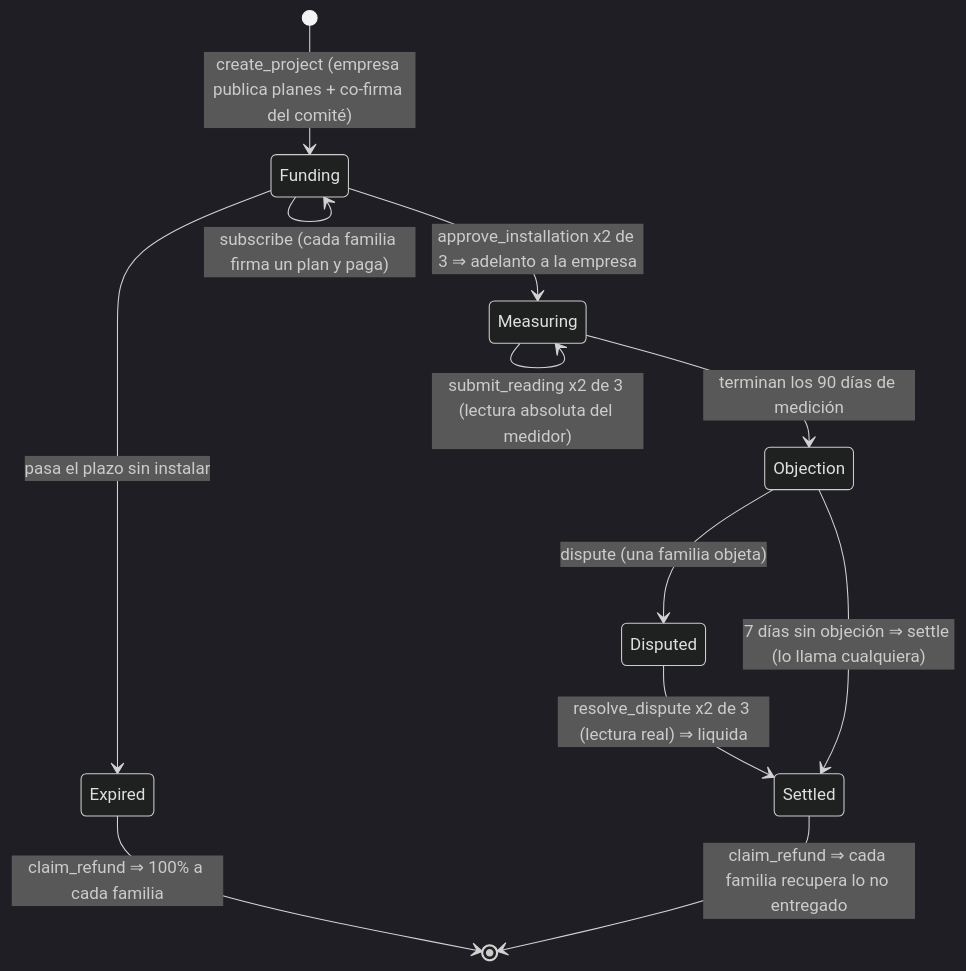
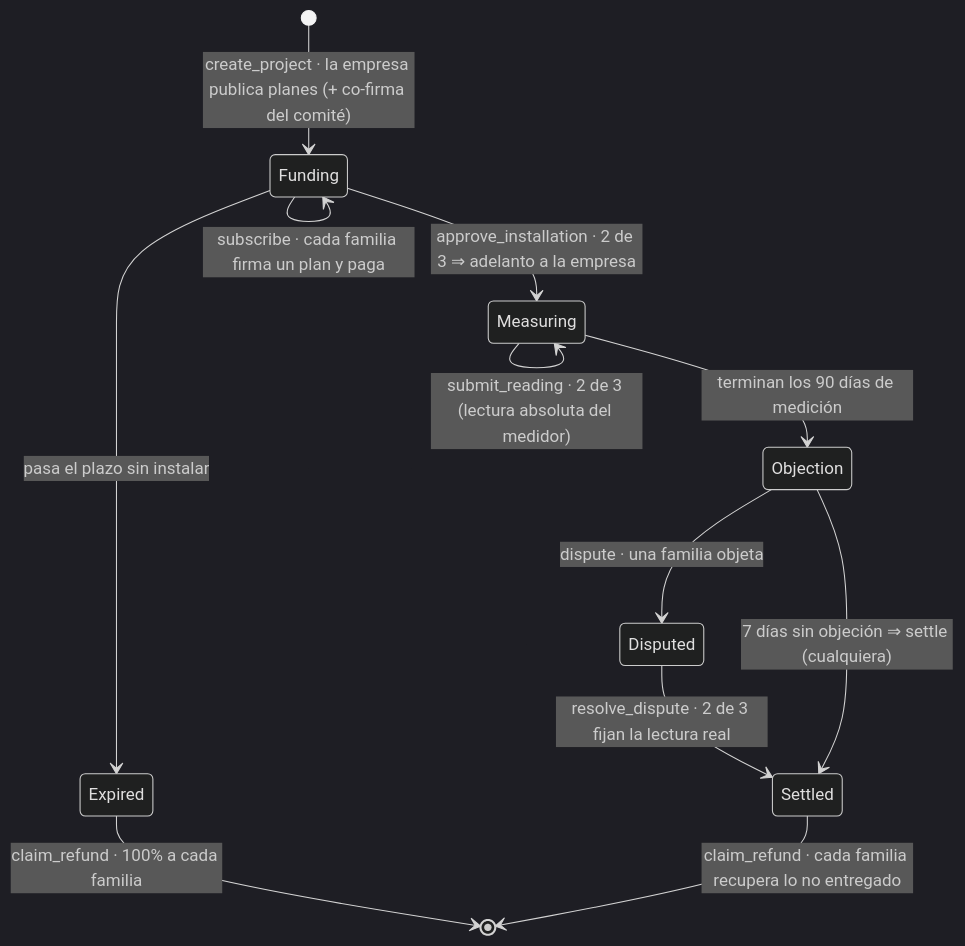
One commit to ReLichtyy/sol-comunitario changed the diagram in README.md. Above: the diagram before and after it, drawn with Mermaid (dark theme). The commit also changed other lines of this file, not shown here.

````diff
--- a/README.md
+++ b/README.md
@@ -33,14 +71,14 @@
 ```mermaid
 stateDiagram-v2
-    [*] --> Funding: create_project (empresa publica planes + co-firma del comité)
-    Funding --> Funding: subscribe (cada familia firma un plan y paga)
-    Funding --> Measuring: approve_installation x2 de 3 ⇒ adelanto a la empresa
+    [*] --> Funding: create_project · la empresa publica planes (+ co-firma del comité)
+    Funding --> Funding: subscribe · cada familia firma un plan y paga
+    Funding --> Measuring: approve_installation · 2 de 3 ⇒ adelanto a la empresa
     Funding --> Expired: pasa el plazo sin instalar
-    Expired --> [*]: claim_refund ⇒ 100% a cada familia
-    Measuring --> Measuring: submit_reading x2 de 3 (lectura absoluta del medidor)
+    Expired --> [*]: claim_refund · 100% a cada familia
+    Measuring --> Measuring: submit_reading · 2 de 3 (lectura absoluta del medidor)
     Measuring --> Objection: terminan los 90 días de medición
-    Objection --> Disputed: dispute (una familia objeta)
-    Disputed --> Settled: resolve_dispute x2 de 3 (lectura real) ⇒ liquida
-    Objection --> Settled: 7 días sin objeción ⇒ settle (lo llama cualquiera)
-    Settled --> [*]: claim_refund ⇒ cada familia recupera lo no entregado
+    Objection --> Disputed: dispute · una familia objeta
+    Disputed --> Settled: resolve_dispute · 2 de 3 fijan la lectura real
+    Objection --> Settled: 7 días sin objeción ⇒ settle (cualquiera)
+    Settled --> [*]: claim_refund · cada familia recupera lo no entregado
 ```
````
